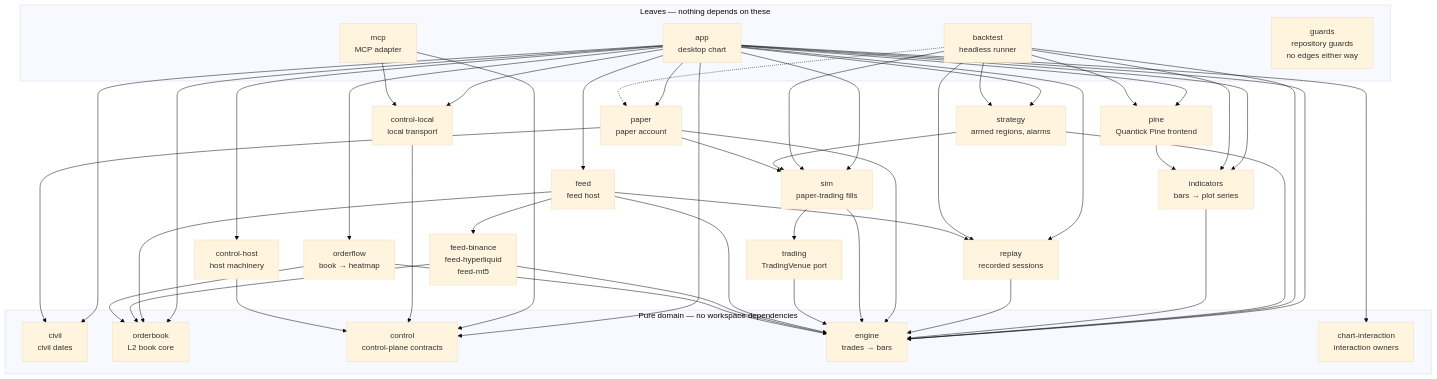
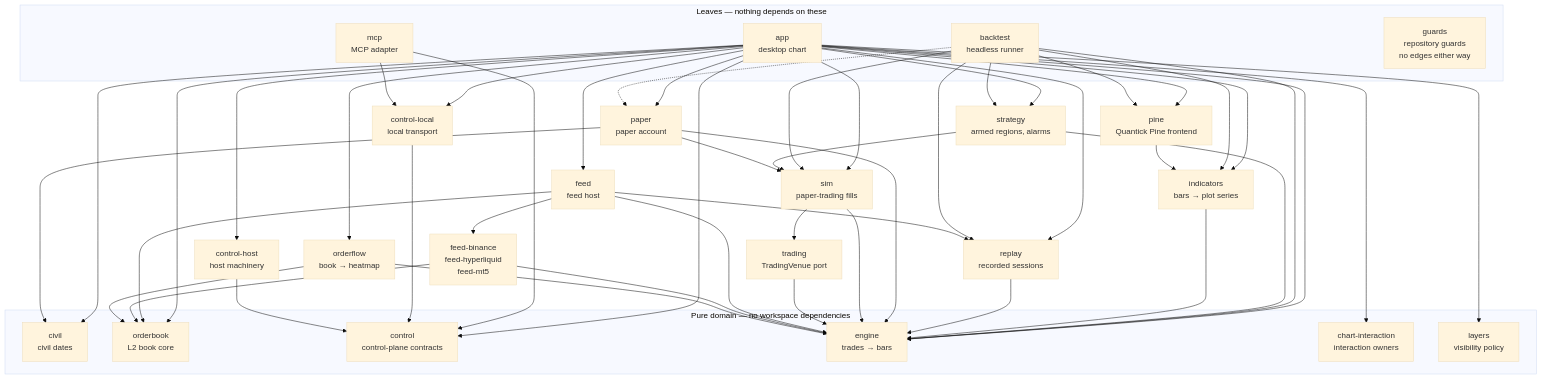
One commit to milocaetano/quantick changed the diagram in AGENTS.md. Above: the diagram before and after it, drawn with Mermaid (base theme). The commit also changed other lines of this file and 74 other files, not shown here.

Commit message:
refactor(app): extract layer policy and typed render packages

````diff
--- a/AGENTS.md
+++ b/AGENTS.md
@@ -105,64 +105,66 @@
 ```mermaid
 graph TD
   subgraph leaves["Leaves — nothing depends on these"]
     app["app<br/>desktop chart"]
     backtest["backtest<br/>headless runner"]
     mcp["mcp<br/>MCP adapter"]
     guards["guards<br/>repository guards<br/>no edges either way"]
   end
 
   app --> pine
   app --> indicators
   app --> strategy
   app --> sim
   app --> paper
   app --> civil
   app --> replay
   app --> orderbook
   app --> orderflow
   app --> feed
   app --> control
   app --> controllocal
   app --> controlhost
   app --> engine
   app --> chartinteraction
+  app --> layers
   backtest --> strategy
   backtest --> pine
   backtest --> indicators
   backtest --> replay
   backtest --> sim
   backtest -.-> paper
   backtest --> engine
   mcp --> controllocal
   mcp --> control
 
   pine["pine<br/>Quantick Pine frontend"] --> indicators
   strategy["strategy<br/>armed regions, alarms"] --> sim
   strategy --> engine
   controllocal["control-local<br/>local transport"] --> control
   controlhost["control-host<br/>host machinery"] --> control
   indicators["indicators<br/>bars → plot series"] --> engine
   replay["replay<br/>recorded sessions"] --> engine
   paper["paper<br/>paper account"] --> sim
   paper --> engine
   paper --> civil
   sim["sim<br/>paper-trading fills"] --> trading
   sim --> engine
   trading["trading<br/>TradingVenue port"] --> engine
   feed["feed<br/>feed host"] --> feeds
   feed --> replay
   feed --> orderbook
   feed --> engine
   feeds["feed-binance<br/>feed-hyperliquid<br/>feed-mt5"] --> engine
   feeds --> orderbook
   orderflow["orderflow<br/>book → heatmap"] --> engine
   orderflow --> orderbook
 
   subgraph pure["Pure domain — no workspace dependencies"]
     chartinteraction["chart-interaction<br/>interaction owners"]
+    layers["layers<br/>visibility policy"]
     engine["engine<br/>trades → bars"]
     orderbook["orderbook<br/>L2 book core"]
     control["control<br/>control-plane contracts"]
     civil["civil<br/>civil dates"]
   end
 ```
````
